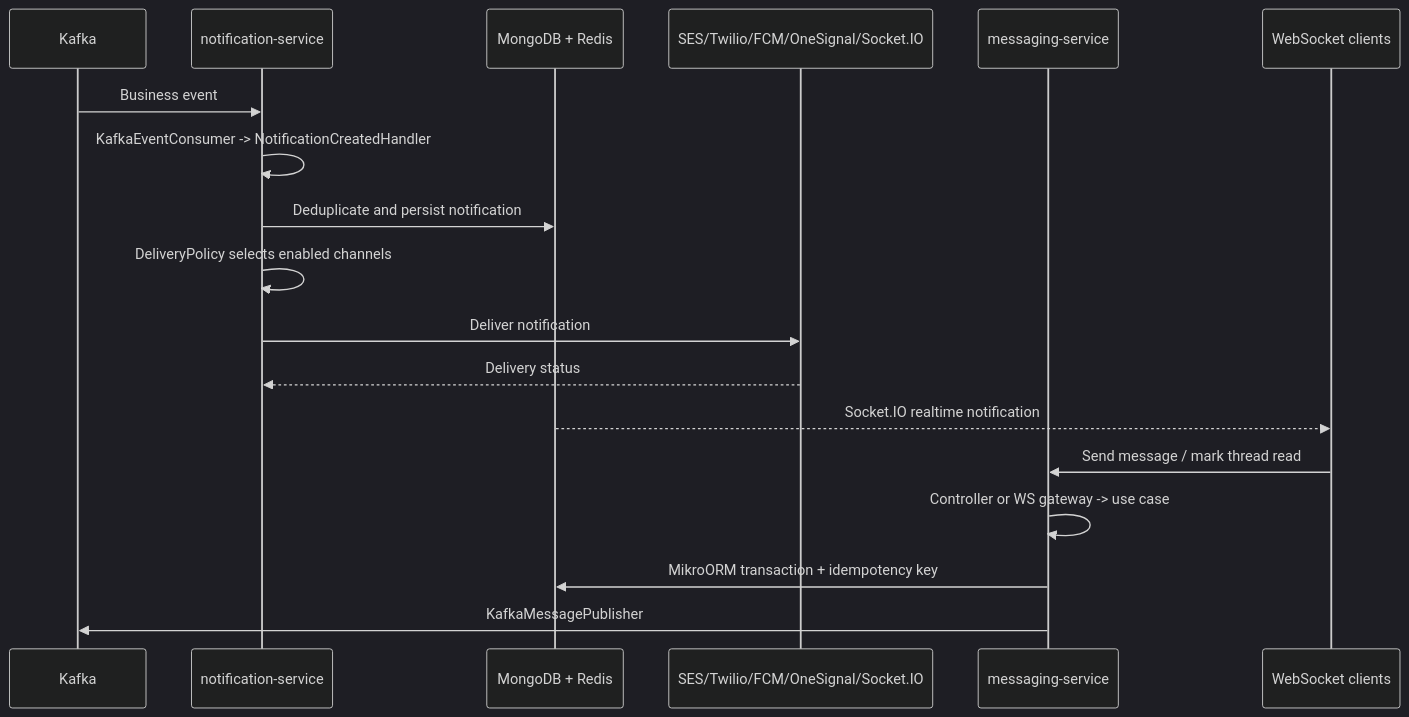
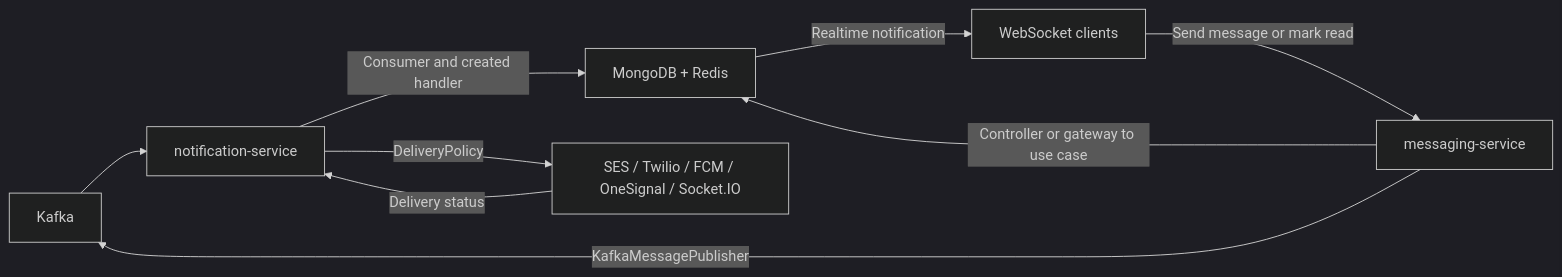
Before and after one commit to dang232/Ecomer: the eighth of 10 diagrams in Architech.md, drawn with Mermaid (dark theme). The commit also changed other lines of this file, not shown here.

Commit message:
docs(architecture): use compatible workflow diagrams

````diff
--- a/Architech.md
+++ b/Architech.md
@@ -612,20 +563,11 @@
 ```mermaid
-sequenceDiagram
-  participant K as Kafka
-  participant N as notification-service
-  participant DB as MongoDB + Redis
-  participant Ch as SES/Twilio/FCM/OneSignal/Socket.IO
-  participant M as messaging-service
-  participant WS as WebSocket clients
-  K->>N: Business event
-  N->>N: KafkaEventConsumer -> NotificationCreatedHandler
-  N->>DB: Deduplicate and persist notification
-  N->>N: DeliveryPolicy selects enabled channels
-  N->>Ch: Deliver notification
-  Ch-->>N: Delivery status
-  DB-->>WS: Socket.IO realtime notification
-  WS->>M: Send message / mark thread read
-  M->>M: Controller or WS gateway -> use case
-  M->>DB: MikroORM transaction + idempotency key
-  M->>K: KafkaMessagePublisher
+flowchart LR
+  K["Kafka"] --> N["notification-service"]
+  N -->|Consumer and created handler| DB["MongoDB + Redis"]
+  N -->|DeliveryPolicy| Ch["SES / Twilio / FCM / OneSignal / Socket.IO"]
+  Ch -->|Delivery status| N
+  DB -->|Realtime notification| WS["WebSocket clients"]
+  WS -->|Send message or mark read| M["messaging-service"]
+  M -->|Controller or gateway to use case| DB
+  M -->|KafkaMessagePublisher| K
 ```
````
